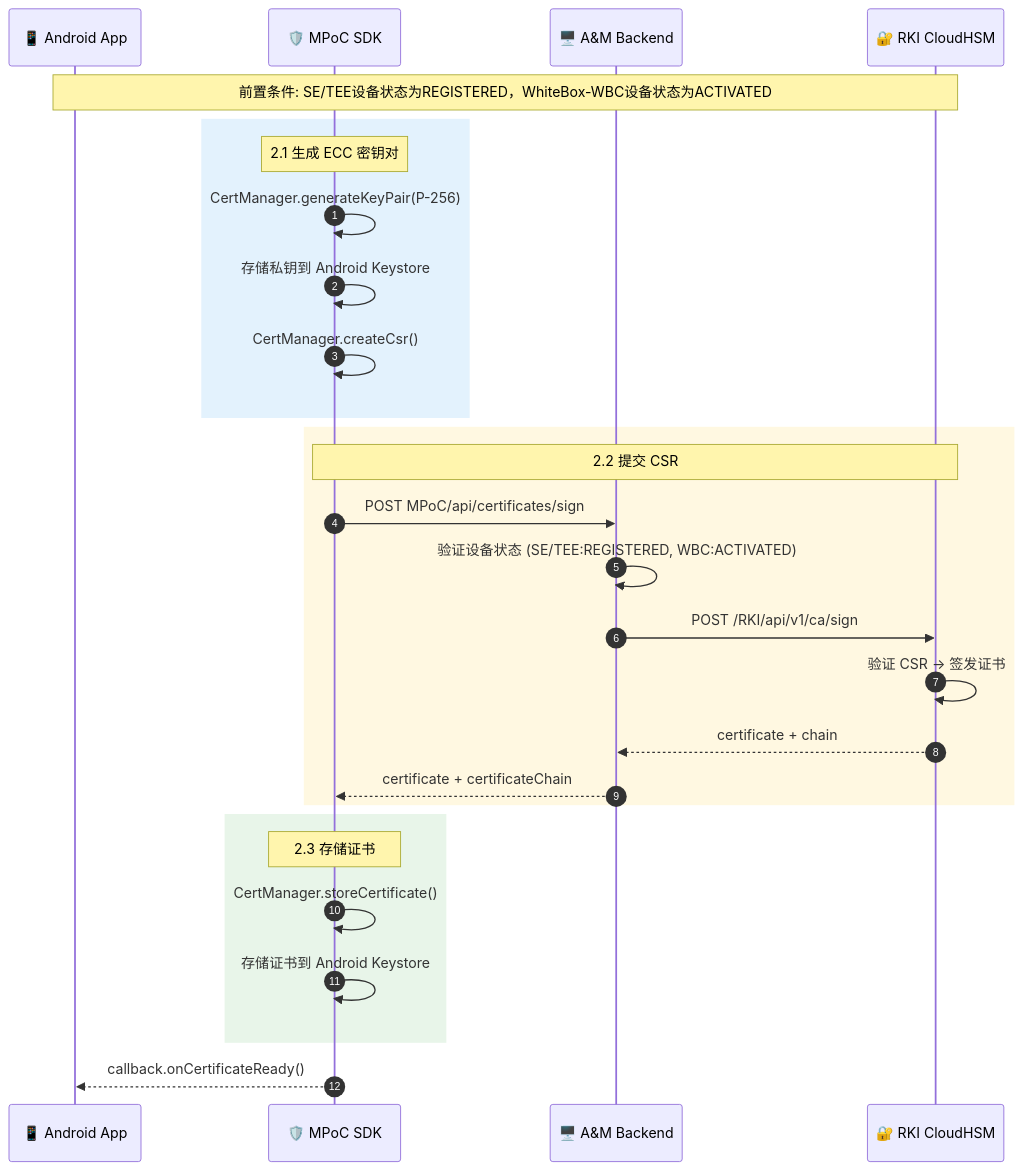
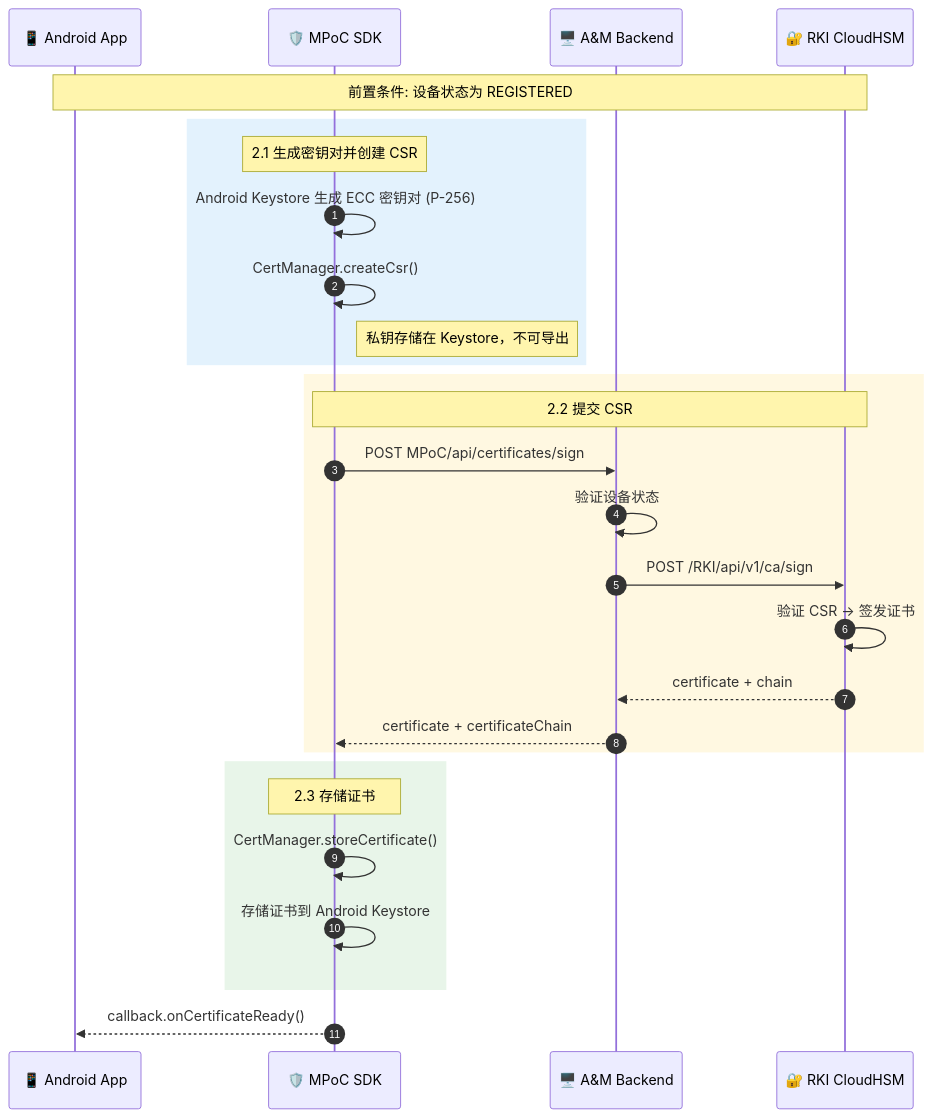
The fifth of 21 diagrams in solution/MPOC_SDK_API_GUIDE.md (kevinwangl/sunbay-softpos-docs), drawn with Mermaid before and after one commit. The commit also changed other lines of this file, not shown here.

````diff
--- a/solution/MPOC_SDK_API_GUIDE.md
+++ b/solution/MPOC_SDK_API_GUIDE.md
@@ -607,35 +494,35 @@
 ```mermaid
 sequenceDiagram
     autonumber
     participant App as 📱 Android App
     participant SDK as 🛡️ MPoC SDK
     participant Backend as 🖥️ A&M Backend
     participant HSM as 🔐 RKI CloudHSM
 
-    Note over App,HSM: 前置条件: SE/TEE设备状态为REGISTERED，WhiteBox-WBC设备状态为ACTIVATED
+    Note over App,HSM: 前置条件: 设备状态为 REGISTERED
     
     rect rgb(227, 242, 253)
-        Note over SDK: 2.1 生成 ECC 密钥对
-        SDK->>SDK: CertManager.generateKeyPair(P-256)
-        SDK->>SDK: 存储私钥到 Android Keystore
+        Note over SDK: 2.1 生成密钥对并创建 CSR
+        SDK->>SDK: Android Keystore 生成 ECC 密钥对 (P-256)
         SDK->>SDK: CertManager.createCsr()
+        Note right of SDK: 私钥存储在 Keystore，不可导出
     end
     
     rect rgb(255, 248, 225)
         Note over SDK,HSM: 2.2 提交 CSR
         SDK->>Backend: POST MPoC/api/certificates/sign
-        Backend->>Backend: 验证设备状态 (SE/TEE:REGISTERED, WBC:ACTIVATED)
+        Backend->>Backend: 验证设备状态
         Backend->>HSM: POST /RKI/api/v1/ca/sign
         HSM->>HSM: 验证 CSR → 签发证书
         HSM-->>Backend: certificate + chain
         Backend-->>SDK: certificate + certificateChain
     end
     
     rect rgb(232, 245, 233)
         Note over SDK: 2.3 存储证书
         SDK->>SDK: CertManager.storeCertificate()
         SDK->>SDK: 存储证书到 Android Keystore
     end
     
     SDK-->>App: callback.onCertificateReady()
 ```
````
